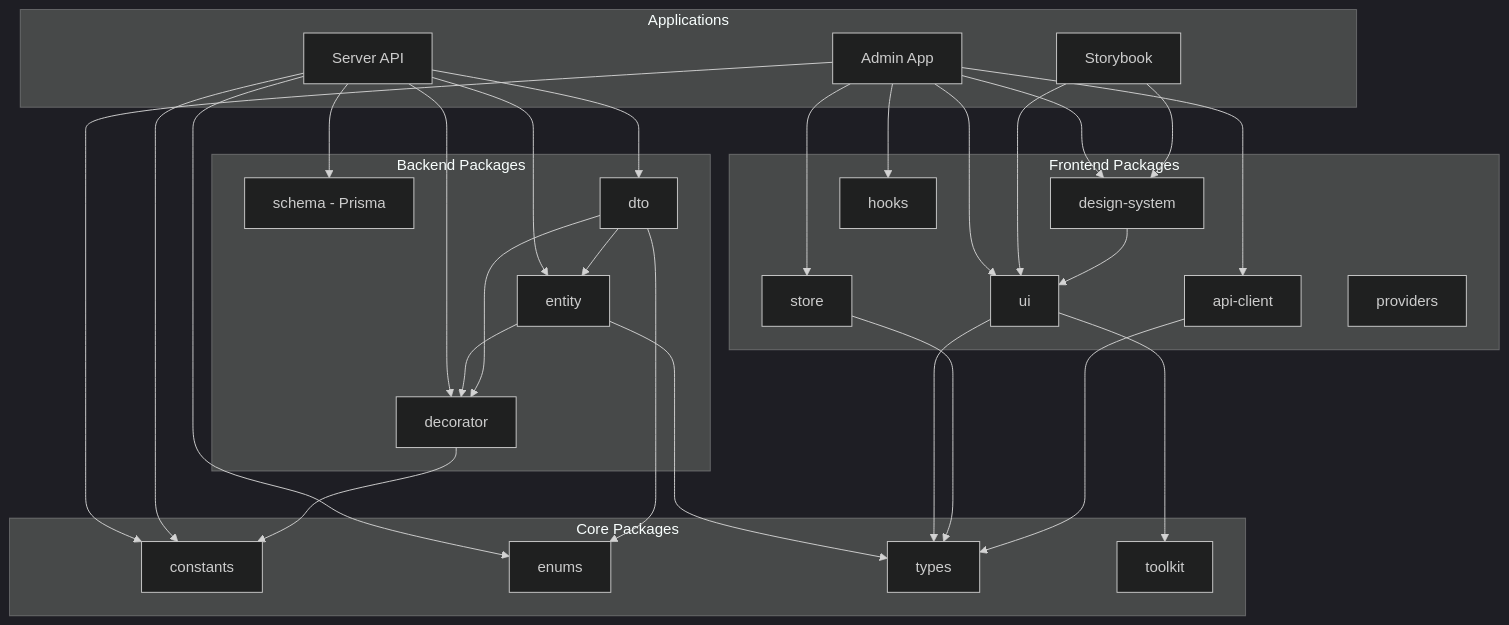
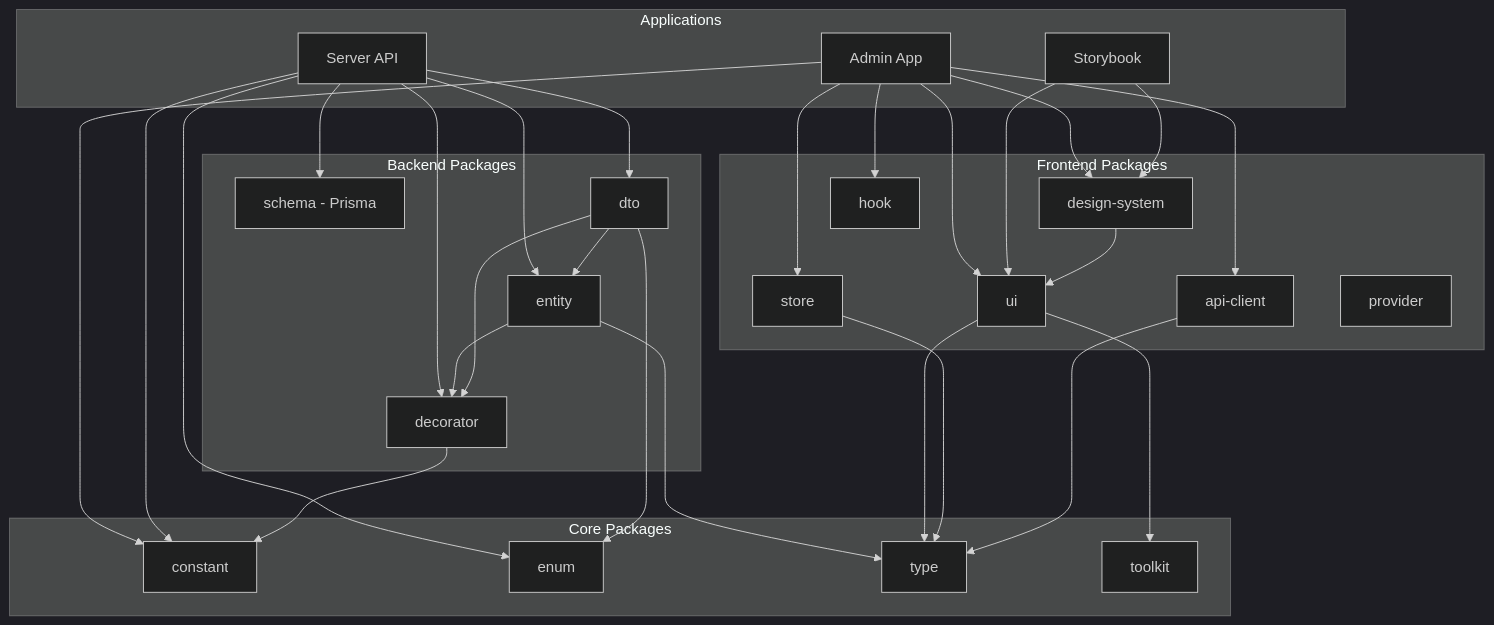
One commit to kimjoongwon/prj-core changed the diagram in README.md. Above: the diagram before and after it, drawn with Mermaid (dark theme). The commit also changed other lines of this file and 224 other files, not shown here.

````diff
--- a/README.md
+++ b/README.md
@@ -185,63 +185,63 @@
 ```mermaid
 graph TD
     subgraph Applications
         Admin[Admin App]
         Server[Server API]
         Storybook[Storybook]
     end
 
     subgraph "Core Packages"
-        Constants[constants]
-        Enums[enums]
-        Types[types]
+        Constant[constant]
+        Enum[enum]
+        Type[type]
         Toolkit[toolkit]
     end
 
     subgraph "Backend Packages"
         Schema[schema - Prisma]
         Decorator[decorator]
         Entity[entity]
         DTO[dto]
     end
 
     subgraph "Frontend Packages"
         DesignSystem[design-system]
         UI[ui]
         Store[store]
-        Hooks[hooks]
+        Hook[hook]
         ApiClient[api-client]
-        Providers[providers]
+        Provider[provider]
     end
 
     %% Application Dependencies
     Admin --> ApiClient
     Admin --> UI
     Admin --> Store
     Admin --> DesignSystem
-    Admin --> Hooks
-    Admin --> Constants
+    Admin --> Hook
+    Admin --> Constant
 
     Server --> Schema
     Server --> DTO
     Server --> Entity
     Server --> Decorator
-    Server --> Enums
-    Server --> Constants
+    Server --> Enum
+    Server --> Constant
 
     Storybook --> UI
     Storybook --> DesignSystem
 
     %% Package Dependencies
-    Decorator --> Constants
+    Decorator --> Constant
     Entity --> Decorator
-    Entity --> Types
+    Entity --> Type
     DTO --> Entity
     DTO --> Decorator
-    DTO --> Enums
+    DTO --> Enum
 
     UI --> Toolkit
-    UI --> Types
-    Store --> Types
-    ApiClient --> Types
+    UI --> Type
+    Store --> Type
+    ApiClient --> Type
     DesignSystem --> UI
 ```
````
